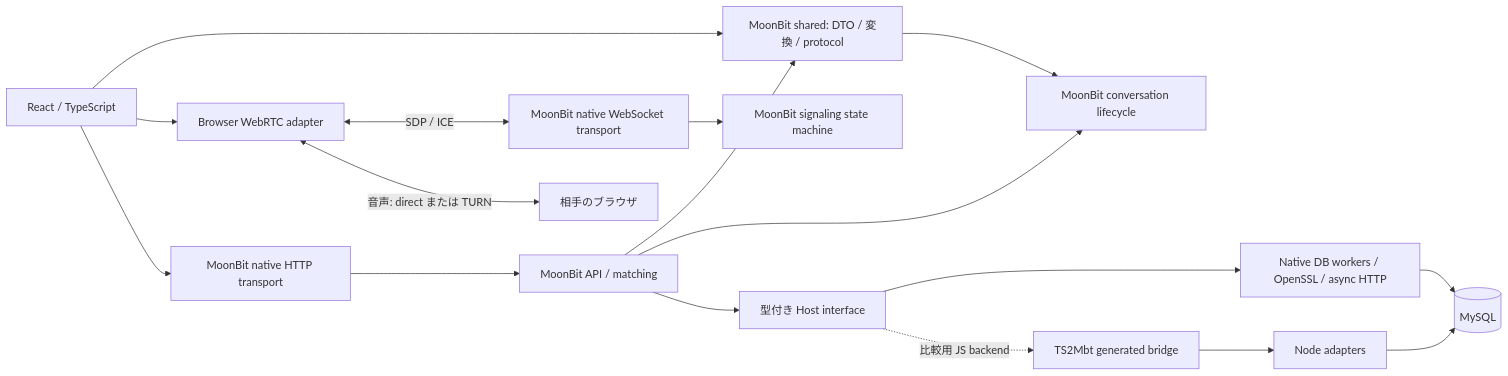
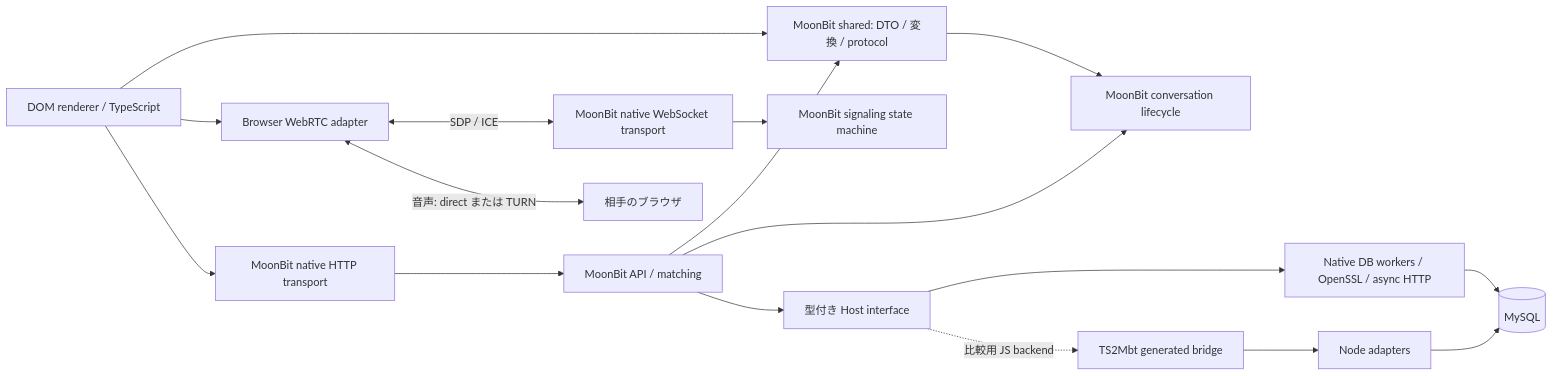
The diagram in docs/migration.md (Hosi121/SpeakUp-moonbit), drawn with Mermaid before and after one commit. The commit also changed other lines of this file and 107 other files, not shown here.

Commit message:
feat(frontend): replace React with DOM views and MoonBit app lifetime

````diff
--- a/docs/migration.md
+++ b/docs/migration.md
@@ -7,19 +7,19 @@
 ```mermaid
 flowchart LR
-  UI[React / TypeScript] --> S[MoonBit shared: DTO / 変換 / protocol]
+  UI[DOM renderer / TypeScript] --> S[MoonBit shared: DTO / 変換 / protocol]
   UI --> B[Browser WebRTC adapter]
   B <-->|SDP / ICE| W[MoonBit native WebSocket transport]
   W --> H[MoonBit signaling state machine]
   UI --> N[MoonBit native HTTP transport]
   N --> A[MoonBit API / matching]
   A --> S
   A --> C[MoonBit conversation lifecycle]
   S --> C
   A --> G[型付き Host interface]
   G --> IO[Native DB workers / OpenSSL / async HTTP]
   G -. 比較用 JS backend .-> J[TS2Mbt generated bridge]
   J --> JS[Node adapters]
   IO --> DB[(MySQL)]
   JS --> DB
   B <-->|音声: direct または TURN| P[相手のブラウザ]
 ```
````
